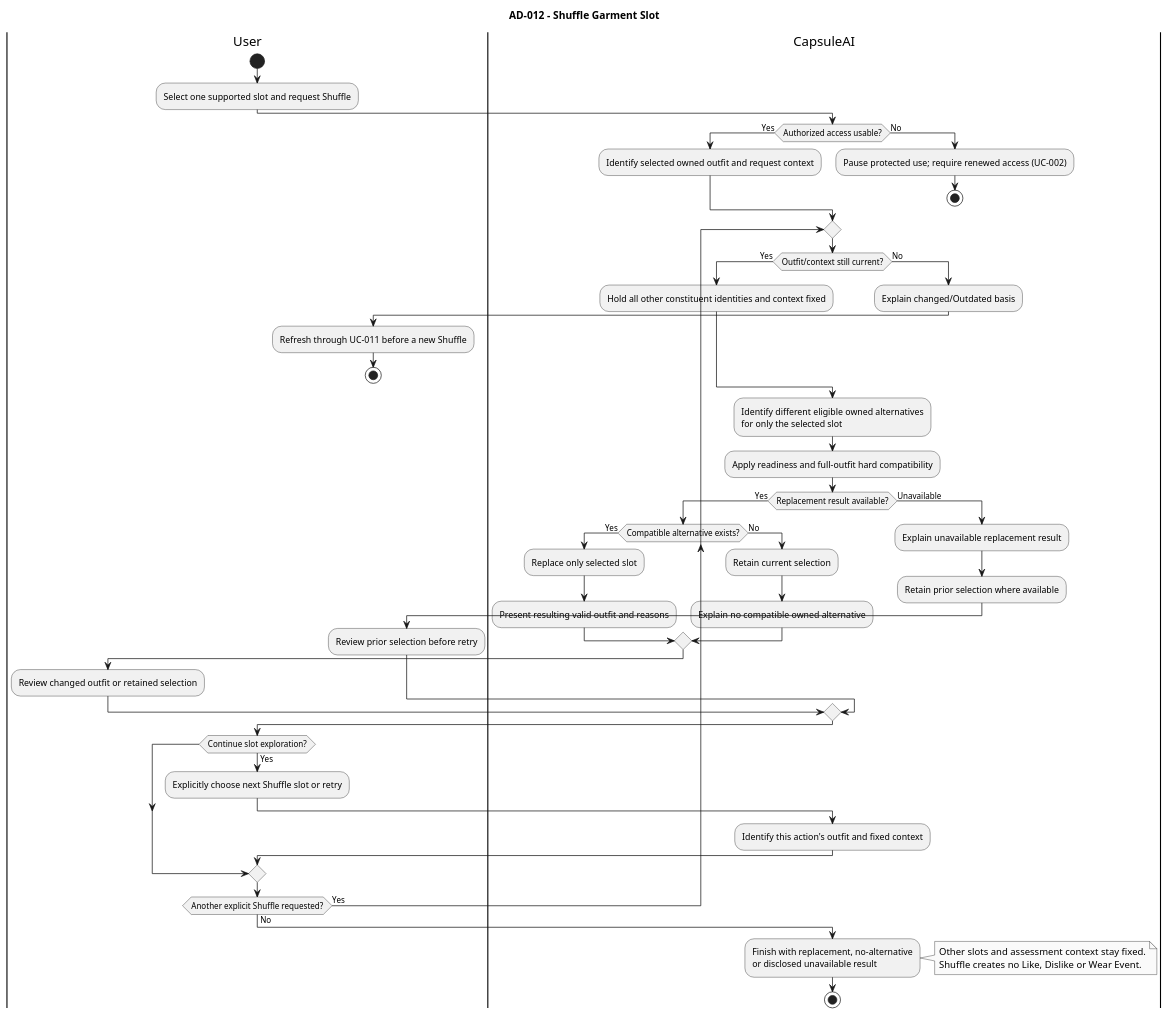
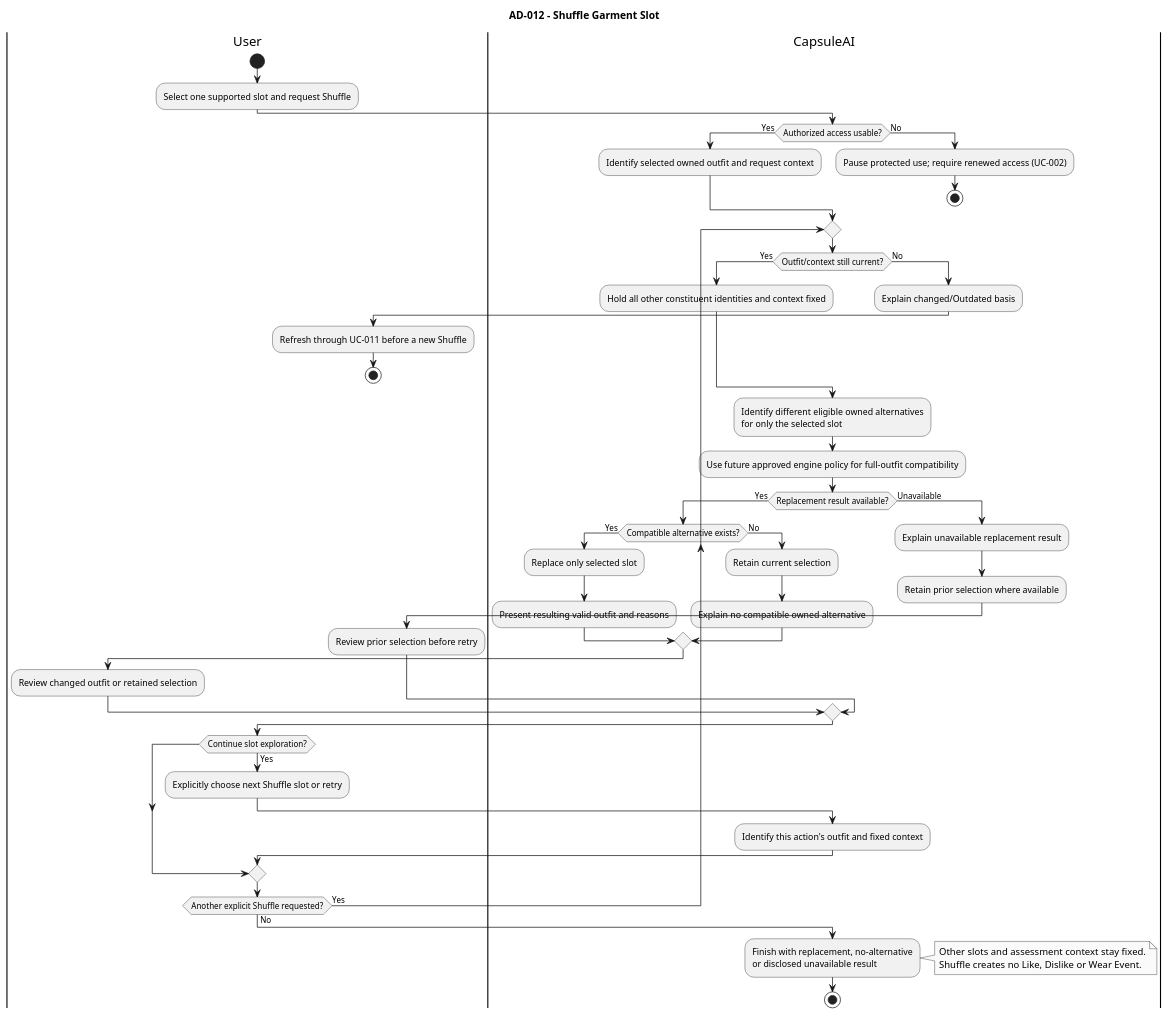
Before and after one commit to luubinhdeptrai/CapsuleAI: the diagram in docs/03-requirements/activity-diagrams/AD-012-shuffle-garment-slot.puml, drawn with PlantUML. The commit also changed 48 other files, not shown here.

```diff
--- a/docs/03-requirements/activity-diagrams/AD-012-shuffle-garment-slot.puml
+++ b/docs/03-requirements/activity-diagrams/AD-012-shuffle-garment-slot.puml
@@ -1,74 +1,76 @@
 @startuml
+' Final property-model decision: no current readiness algorithm or category-role mapping.
+' Future evaluation branches require approved engine policy; no removed fields are required.
 ' Source Use Case: UC-012 — Shuffle Garment Slot
 ' Primary Specification: ../use-cases/UC-012-shuffle-garment-slot.md
 ' Supporting Authorities: ../SRS.md (v0.3); ../business-rules.md (v0.1.2)
 ' Business/Product: ../../01-business/BRD.md (v0.3); ../../02-product/PRD.md (v0.2)
 ' Master Actors/Scope: ../use-cases/use-case-diagram.puml
 ' Process Authority: ../../../Initial files/CapsuleAI_Scrum_Development_Workflow.md, Sections 11, 39–42, 46
 ' Version: 0.1; Status: Baseline Draft
 ' SRS trace: FR-OUT-014, FR-OUT-015, FR-OUT-016, FR-OUT-017, ERR-OUT-003, FR-OUT-009
 ' Rule trace: BRULE-AUTH-001, BRULE-OUT-008, BRULE-OUT-010
 ' Flow coverage: UC Sections 6–10; alternatives and failures retain their textual meaning.
 ' The textual Use Case Specification remains the normative behavioral source.
 
 title AD-012 - Shuffle Garment Slot
 skinparam monochrome true
 skinparam shadowing false
 
 |User|
 start
 :Select one supported slot and request Shuffle;
 |CapsuleAI|
 if (Authorized access usable?) then (Yes)
     :Identify selected owned outfit and request context;
 else (No)
     :Pause protected use; require renewed access (UC-002);
     stop
 endif
 repeat
     if (Outfit/context still current?) then (Yes)
         :Hold all other constituent identities and context fixed;
     else (No)
         :Explain changed/Outdated basis;
         |User|
         :Refresh through UC-011 before a new Shuffle;
         stop
     endif
     |CapsuleAI|
     :Identify different eligible owned alternatives
 for only the selected slot;
-    :Apply readiness and full-outfit hard compatibility;
+    :Use future approved engine policy for full-outfit compatibility;
     if (Replacement result available?) then (Yes)
         if (Compatible alternative exists?) then (Yes)
             :Replace only selected slot;
             :Present resulting valid outfit and reasons;
         else (No)
             :Retain current selection;
             :Explain no compatible owned alternative;
         endif
         |User|
         :Review changed outfit or retained selection;
     else (Unavailable)
         |CapsuleAI|
         :Explain unavailable replacement result;
         :Retain prior selection where available;
         |User|
         :Review prior selection before retry;
     endif
     if (Continue slot exploration?) then (Yes)
         :Explicitly choose next Shuffle slot or retry;
         |CapsuleAI|
         :Identify this action's outfit and fixed context;
     endif
     |User|
 repeat while (Another explicit Shuffle requested?) is (Yes) not (No)
 |CapsuleAI|
 :Finish with replacement, no-alternative
 or disclosed unavailable result;
 note right
   Other slots and assessment context stay fixed.
   Shuffle creates no Like, Dislike or Wear Event.
 end note
 stop
 
 @enduml
```
